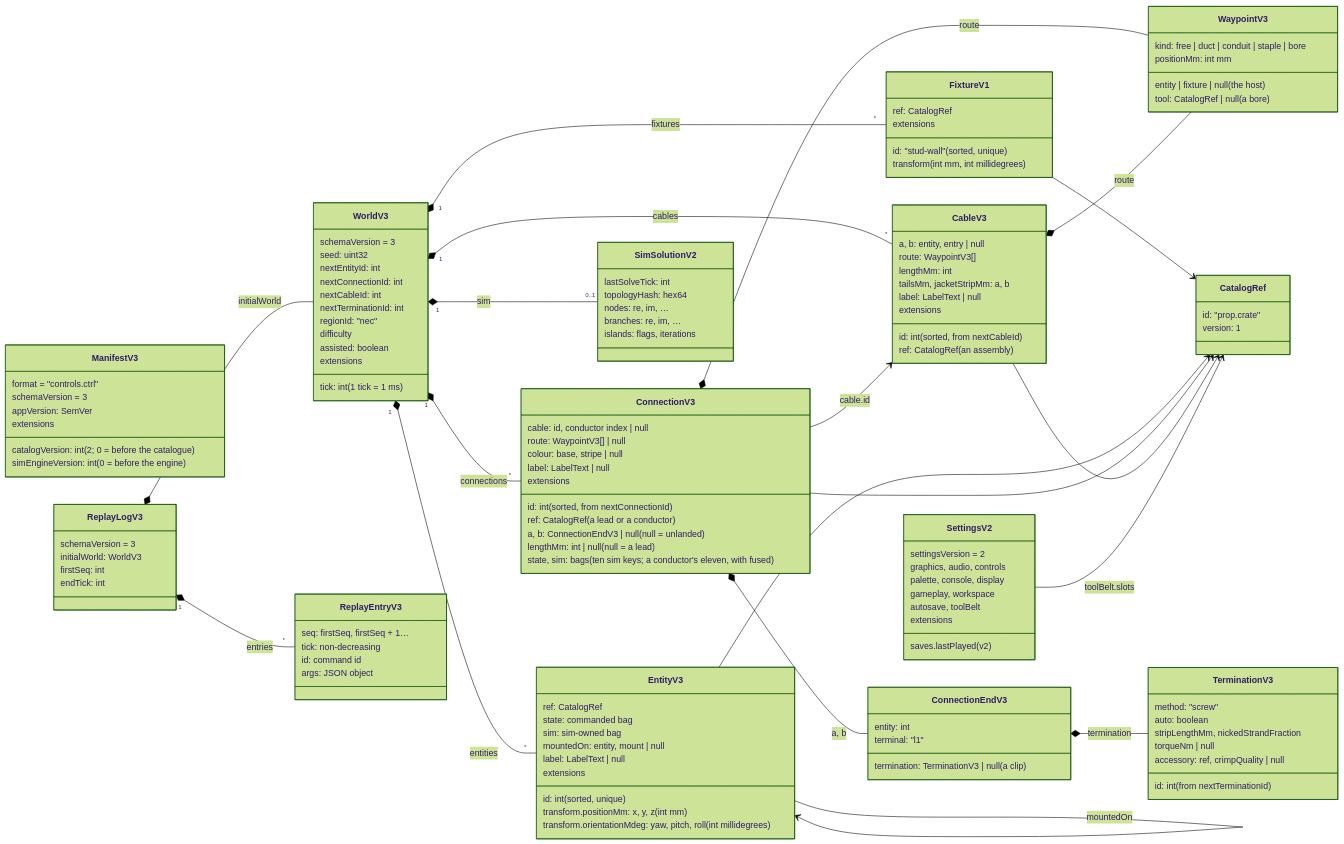
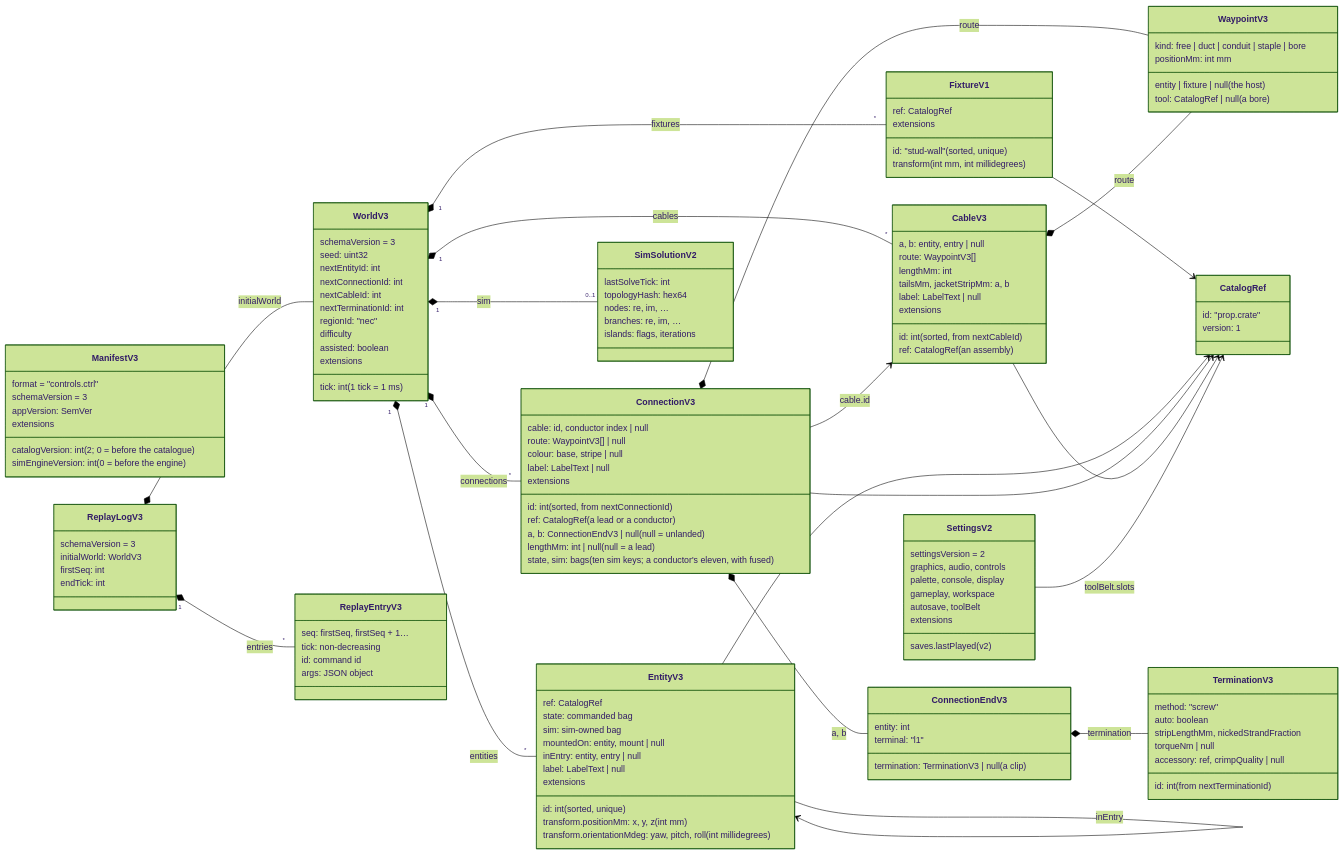
One commit to joebarbere/controls changed the first of 13 diagrams in docs/architecture/world-and-saves.md. Above: the diagram before and after it, drawn with Mermaid (forest theme). The commit also changed 147 other files, not shown here.

```diff
--- a/docs/architecture/world-and-saves.md
+++ b/docs/architecture/world-and-saves.md
@@ -44,6 +44,7 @@
         state: commanded bag
         sim: sim-owned bag
         mountedOn: entity, mount | null
+        inEntry: entity, entry | null
         label: LabelText | null
         extensions
     }
@@ -131,6 +132,7 @@
     CableV3 *-- WaypointV3 : route
     ConnectionV3 --> CableV3 : cable.id
     EntityV3 --> EntityV3 : mountedOn
+    EntityV3 --> EntityV3 : inEntry
     FixtureV1 --> CatalogRef
     EntityV3 --> CatalogRef
     ConnectionV3 --> CatalogRef
```
